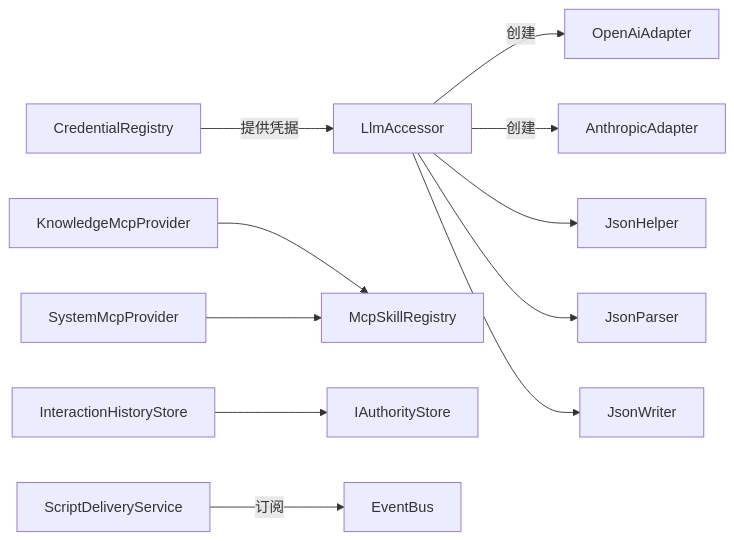
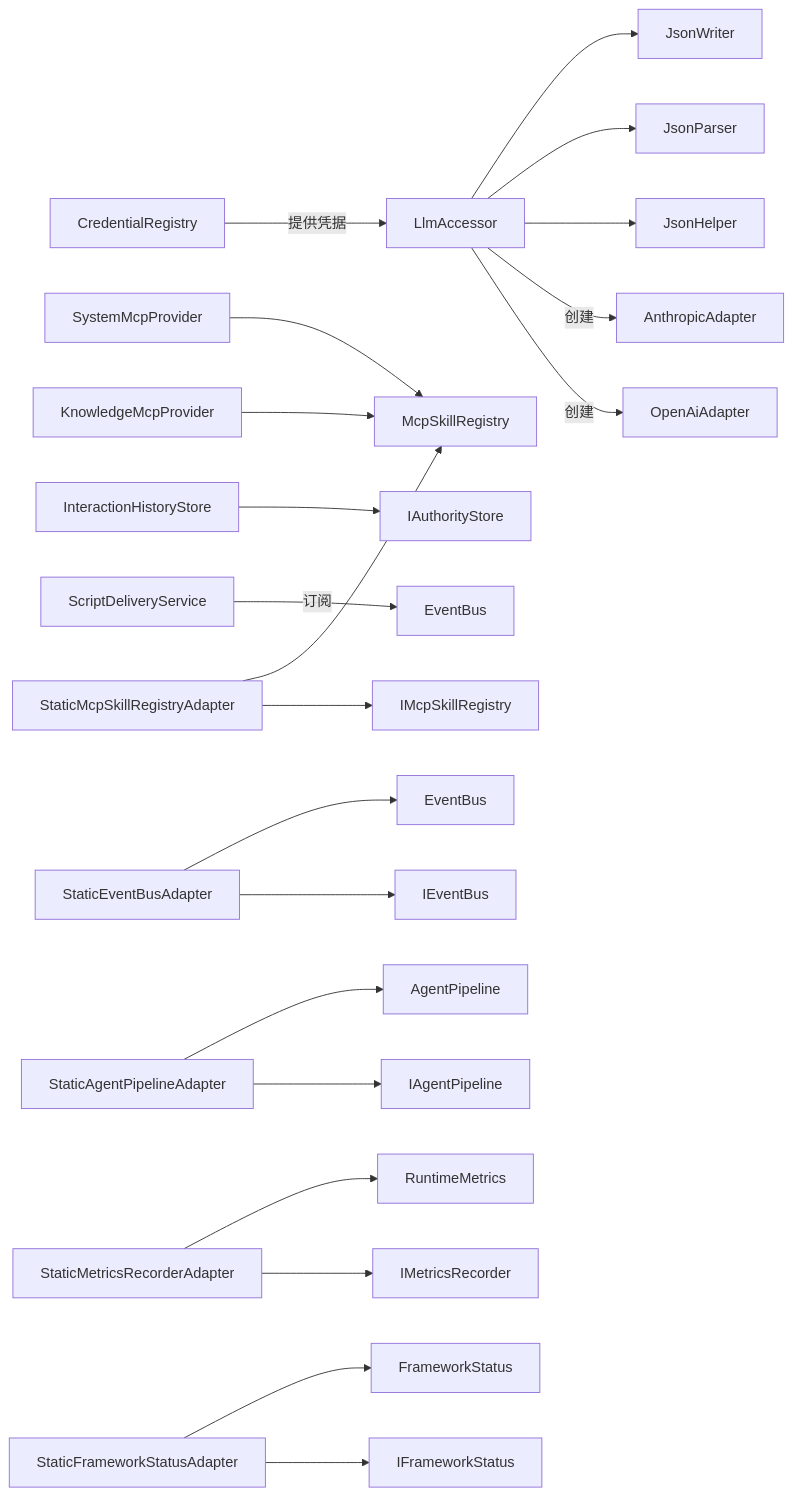
One commit to suzvka/NPCLife changed diagram 13 of 13 in .qoder/repowiki/zh/content/基础设施实现/基础设施实现.md. Above: the diagram before and after it, drawn with Mermaid. The commit also changed other lines of this file and 28 other files, not shown here.

````diff
--- a/.qoder/repowiki/zh/content/基础设施实现/基础设施实现.md
+++ b/.qoder/repowiki/zh/content/基础设施实现/基础设施实现.md
@@ -411,13 +723,23 @@
 ```mermaid
 graph LR
 CR["CredentialRegistry"] --> |提供凭据| LLM["LlmAccessor"]
 LLM --> |创建| OA["OpenAiAdapter"]
 LLM --> |创建| AA["AnthropicAdapter"]
 KMCP["KnowledgeMcpProvider"] --> MSR["McpSkillRegistry"]
 SMCP["SystemMcpProvider"] --> MSR
 IH["InteractionHistoryStore"] --> IAS["IAuthorityStore"]
 SDS["ScriptDeliveryService"] --> |订阅| Bus["EventBus"]
 LLM --> JH["JsonHelper"]
 LLM --> JP["JsonParser"]
 LLM --> JW["JsonWriter"]
+SEBA["StaticEventBusAdapter"] --> IEB["IEventBus"]
+SAPA["StaticAgentPipelineAdapter"] --> IAP["IAgentPipeline"]
+SMRA["StaticMetricsRecorderAdapter"] --> IMR["IMetricsRecorder"]
+SFSA["StaticFrameworkStatusAdapter"] --> IFS["IFrameworkStatus"]
+SMSA["StaticMcpSkillRegistryAdapter"] --> IMSR["IMcpSkillRegistry"]
+SEBA --> EB["EventBus"]
+SAPA --> AP["AgentPipeline"]
+SMRA --> RM["RuntimeMetrics"]
+SFSA --> FS["FrameworkStatus"]
+SMSA --> MSR
 ```
````
